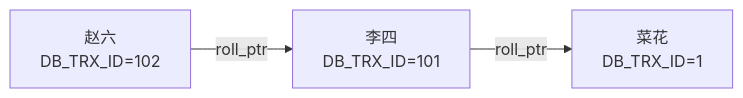
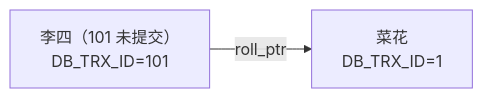
The second of 2 diagrams in src/database/mysql/mysql-mvcc-read-view.md (zhaoge0202/zhaoge_blog), drawn with Mermaid before and after one commit. The commit also changed other lines of this file and 29 other files, not shown here.

````diff
--- a/src/database/mysql/mysql-mvcc-read-view.md
+++ b/src/database/mysql/mysql-mvcc-read-view.md
@@ -100,5 +100,5 @@
 ```mermaid
 flowchart LR
-  A["赵六<br/>DB_TRX_ID=102"] -->|roll_ptr| B["李四<br/>DB_TRX_ID=101"]
+  B["李四（101 未提交）<br/>DB_TRX_ID=101"]
   B -->|roll_ptr| C["菜花<br/>DB_TRX_ID=1"]
 ```
````
